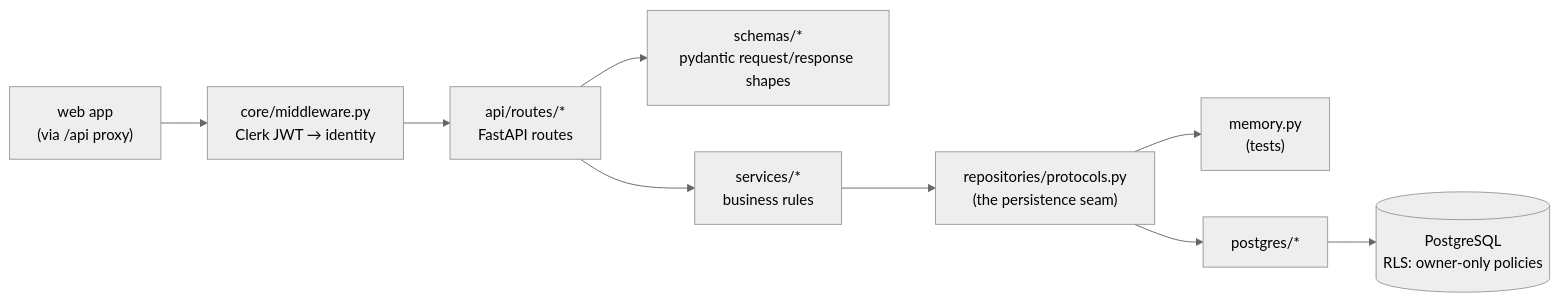
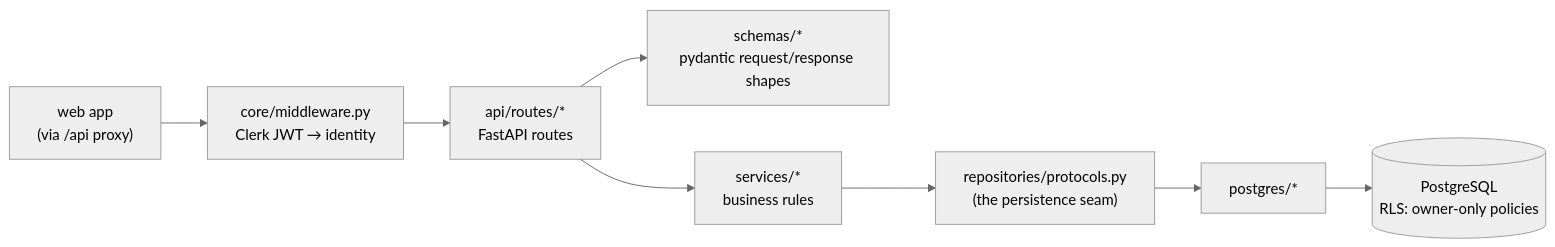
One commit to kpark93/note2action changed the diagram in docs/architecture/api.md. Above: the diagram before and after it, drawn with Mermaid (neutral theme). The commit also changed other lines of this file and 71 other files, not shown here.

````diff
--- a/docs/architecture/api.md
+++ b/docs/architecture/api.md
@@ -7,11 +8,10 @@
 ```mermaid
 flowchart LR
     Client["web app<br/>(via /api proxy)"] --> MW["core/middleware.py<br/>Clerk JWT → identity"]
     MW --> Router["api/routes/*<br/>FastAPI routes"]
     Router --> Schemas["schemas/*<br/>pydantic request/response shapes"]
     Router --> Svc["services/*<br/>business rules"]
     Svc --> Seam["repositories/protocols.py<br/>(the persistence seam)"]
-    Seam --> Mem["memory.py<br/>(tests)"]
     Seam --> PG["postgres/*"]
     PG --> DB[("PostgreSQL<br/>RLS: owner-only policies")]
 ```
````
